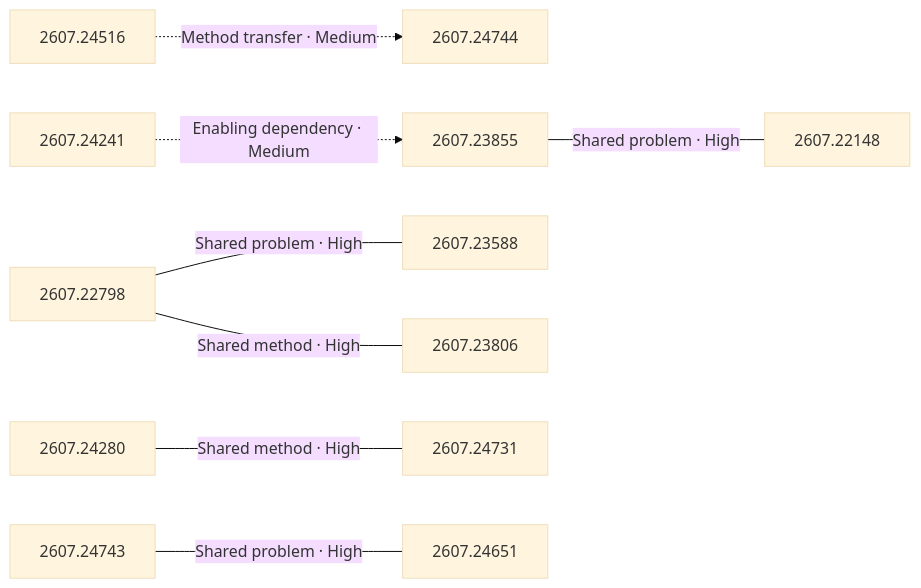
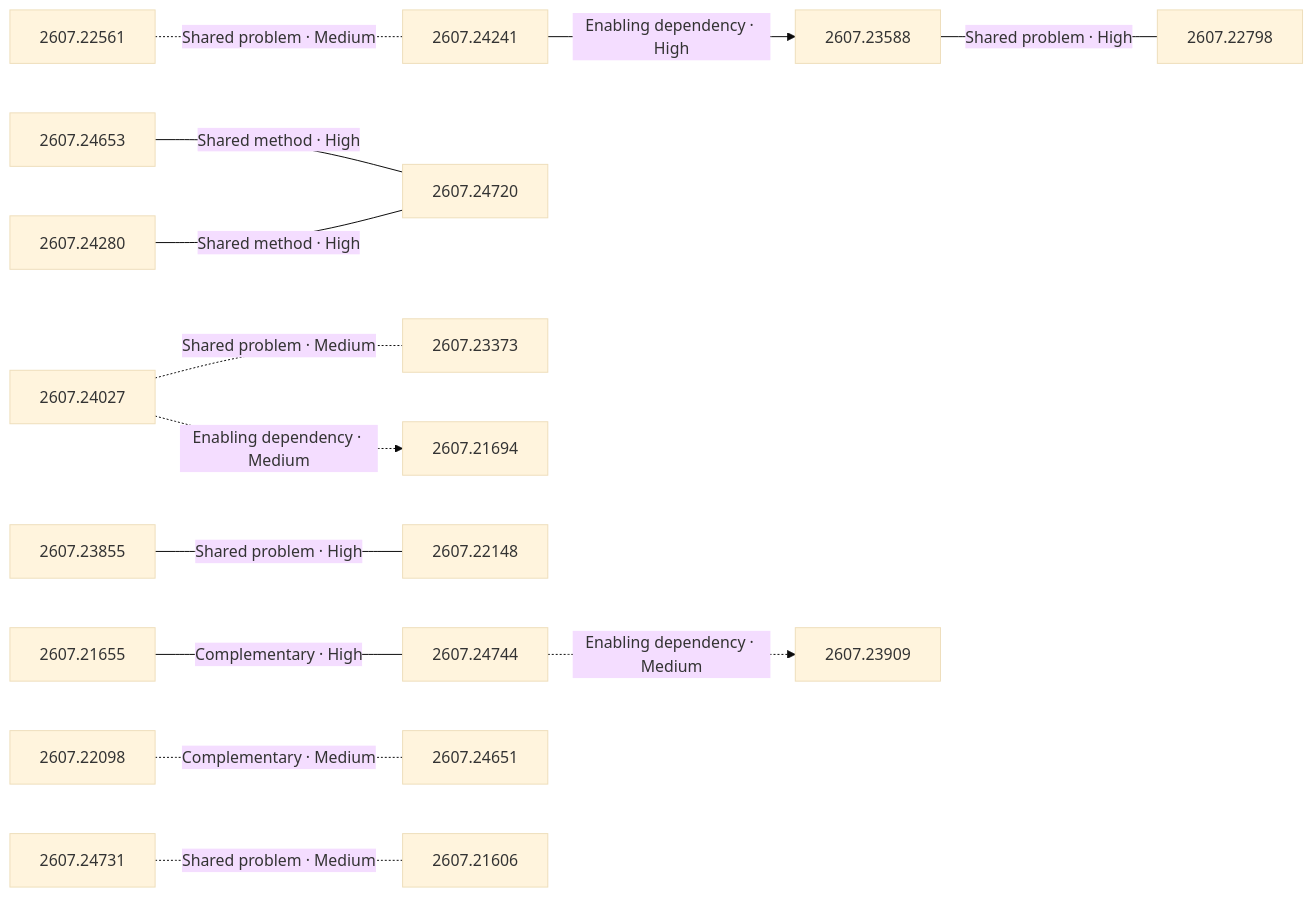
One commit to vollero/hf-daily-paper-summaries changed the diagram in summaries/2026/07/2026-07-28/relationships.md. Above: the diagram before and after it, drawn with Mermaid (base theme). The commit also changed other lines of this file and 13 other files, not shown here.

Commit message:
Publish summary, analyses, and graph 2026-07-28

````diff
--- a/summaries/2026/07/2026-07-28/relationships.md
+++ b/summaries/2026/07/2026-07-28/relationships.md
@@ -26,24 +26,36 @@
 ```mermaid
 flowchart LR
   accTitle: Same-day paper relationships
   accDescr: Editorial hypotheses connecting papers from this daily collection.
-  c2["2607.24744"]
-  c3["2607.22798"]
-  c4["2607.24280"]
-  c5["2607.23588"]
-  c7["2607.23855"]
-  c8["2607.24731"]
-  c9["2607.24743"]
-  c10["2607.24516"]
-  c11["2607.23806"]
-  c12["2607.24651"]
-  c14["2607.22148"]
-  c16["2607.24241"]
-  c3 ---|"Shared problem · High"| c5
+  c1["2607.24653"]
+  c2["2607.23588"]
+  c3["2607.24280"]
+  c4["2607.24731"]
+  c5["2607.21655"]
+  c6["2607.22798"]
+  c7["2607.24744"]
+  c8["2607.24027"]
+  c9["2607.23855"]
+  c10["2607.21694"]
+  c11["2607.24720"]
+  c13["2607.22148"]
+  c15["2607.22098"]
+  c16["2607.22561"]
+  c18["2607.24241"]
+  c22["2607.24651"]
+  c27["2607.23373"]
+  c29["2607.23909"]
+  c31["2607.21606"]
+  c2 ---|"Shared problem · High"| c6
+  c1 ---|"Shared method · High"| c11
   c3 ---|"Shared method · High"| c11
-  c4 ---|"Shared method · High"| c8
-  c7 ---|"Shared problem · High"| c14
-  c9 ---|"Shared problem · High"| c12
-  c10 -.->|"Method transfer · Medium"| c2
-  c16 -.->|"Enabling dependency · Medium"| c7
+  c4 -.-|"Shared problem · Medium"| c31
+  c8 -.-|"Shared problem · Medium"| c27
+  c9 ---|"Shared problem · High"| c13
+  c5 ---|"Complementary · High"| c7
+  c16 -.-|"Shared problem · Medium"| c18
+  c18 -->|"Enabling dependency · High"| c2
+  c8 -.->|"Enabling dependency · Medium"| c10
+  c7 -.->|"Enabling dependency · Medium"| c29
+  c15 -.-|"Complementary · Medium"| c22
 ```
````
